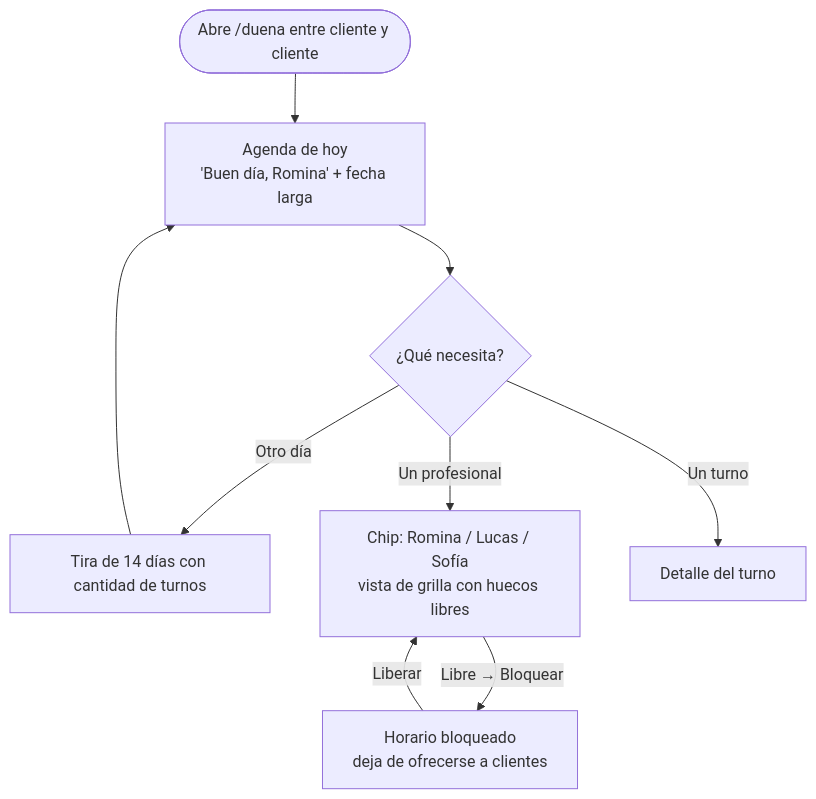
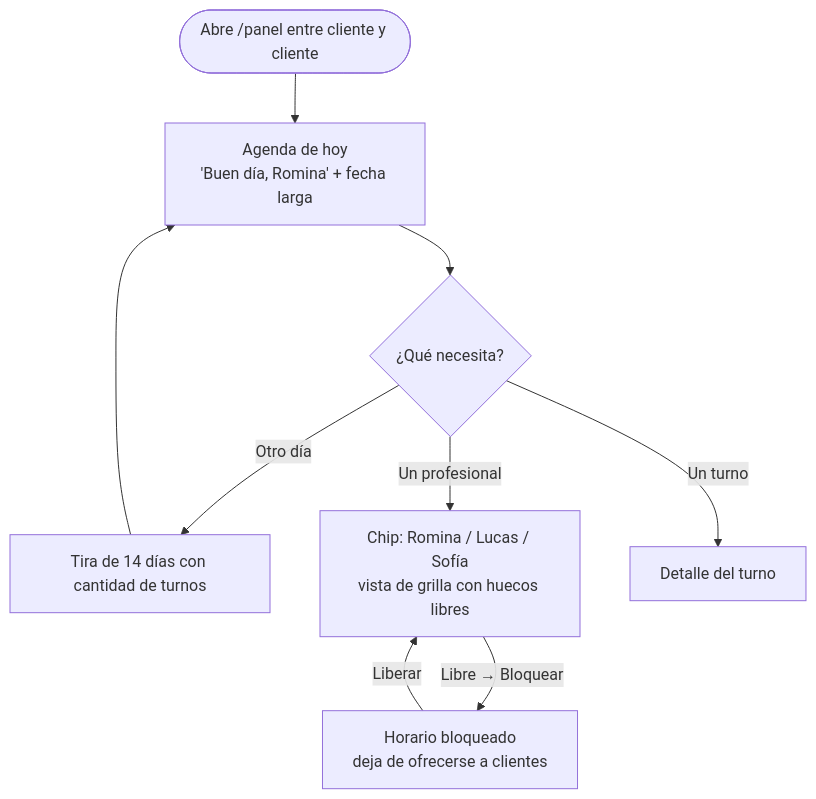
One commit to andreamperezp/Filo changed the seventh of 12 diagrams in docs/user-flows.md. Above: the diagram before and after it, drawn with Mermaid. The commit also changed other lines of this file and 59 other files, not shown here.

````diff
--- a/docs/user-flows.md
+++ b/docs/user-flows.md
@@ -136,10 +146,10 @@
 ```mermaid
 flowchart TD
-  A([Abre /duena entre cliente y cliente]) --> B[Agenda de hoy<br/>'Buen día, Romina' + fecha larga]
+  A([Abre /panel entre cliente y cliente]) --> B[Agenda de hoy<br/>'Buen día, Romina' + fecha larga]
   B --> C{¿Qué necesita?}
   C -- Otro día --> D[Tira de 14 días con cantidad de turnos] --> B
   C -- Un profesional --> E[Chip: Romina / Lucas / Sofía<br/>vista de grilla con huecos libres]
   C -- Un turno --> F[Detalle del turno]
   E -->|Libre → Bloquear| G[Horario bloqueado<br/>deja de ofrecerse a clientes]
   G -->|Liberar| E
 ```
````
